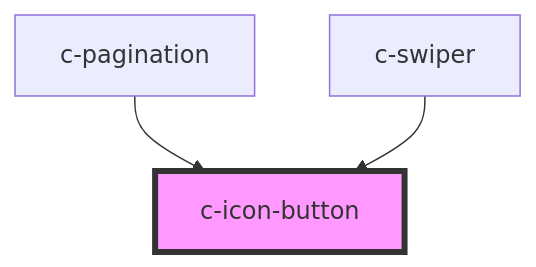
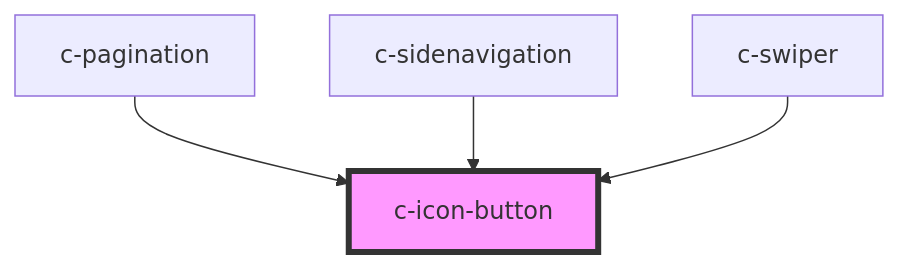
One commit to hannyle/csc-ui changed the diagram in src/components/c-icon-button/readme.md. Above: the diagram before and after it, drawn with Mermaid. The commit also changed other lines of this file and 11 other files, not shown here.

````diff
--- a/src/components/c-icon-button/readme.md
+++ b/src/components/c-icon-button/readme.md
@@ -35,6 +37,7 @@
 ```mermaid
 graph TD;
   c-pagination --> c-icon-button
+  c-sidenavigation --> c-icon-button
   c-swiper --> c-icon-button
   style c-icon-button fill:#f9f,stroke:#333,stroke-width:4px
 ```
````
